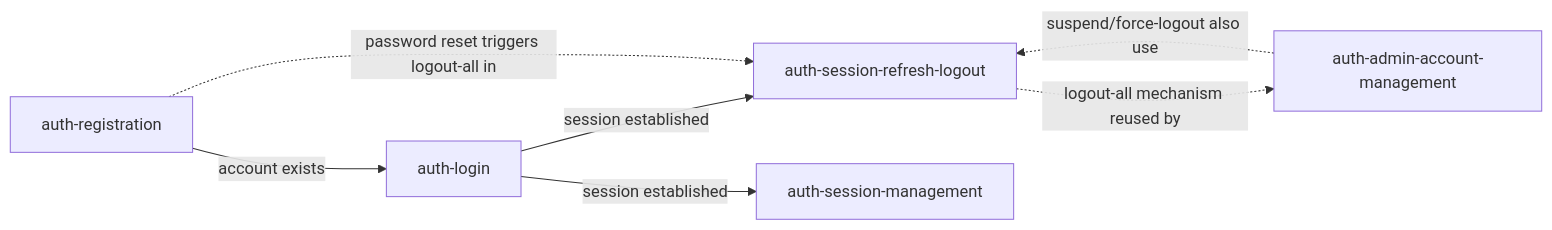
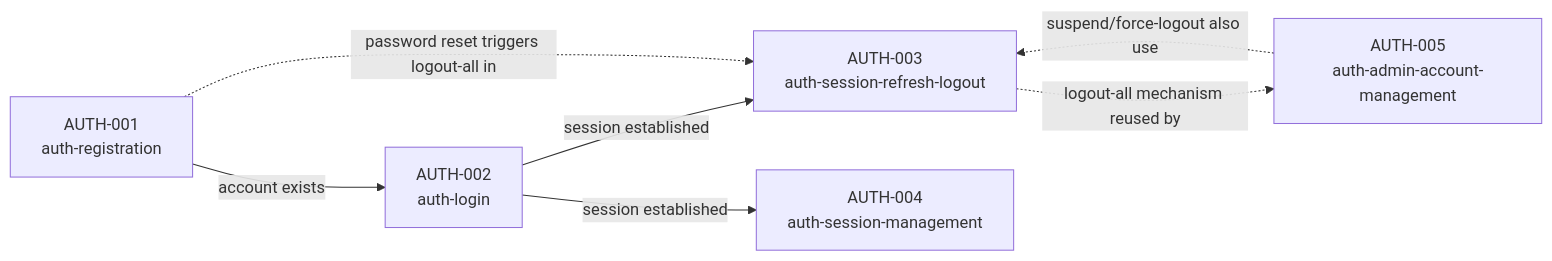
One commit to aureliustran/grindstats changed the diagram in docs/stories/auth-epic-overview.md. Above: the diagram before and after it, drawn with Mermaid. The commit also changed other lines of this file and 27 other files, not shown here.

````diff
--- a/docs/stories/auth-epic-overview.md
+++ b/docs/stories/auth-epic-overview.md
@@ -33,9 +33,9 @@
 ```mermaid
 flowchart LR
-    REG[auth-registration] -->|account exists| LOGIN[auth-login]
-    LOGIN -->|session established| REFRESH[auth-session-refresh-logout]
-    LOGIN -->|session established| SESSIONS[auth-session-management]
-    REFRESH -.->|logout-all mechanism reused by| ADMIN[auth-admin-account-management]
+    REG["AUTH-001<br/>auth-registration"] -->|account exists| LOGIN["AUTH-002<br/>auth-login"]
+    LOGIN -->|session established| REFRESH["AUTH-003<br/>auth-session-refresh-logout"]
+    LOGIN -->|session established| SESSIONS["AUTH-004<br/>auth-session-management"]
+    REFRESH -.->|logout-all mechanism reused by| ADMIN["AUTH-005<br/>auth-admin-account-management"]
     REG -.->|password reset triggers logout-all in| REFRESH
     ADMIN -.->|suspend/force-logout also use| REFRESH
 ```
````
